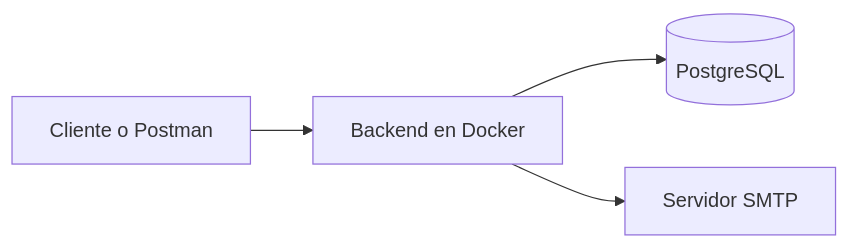
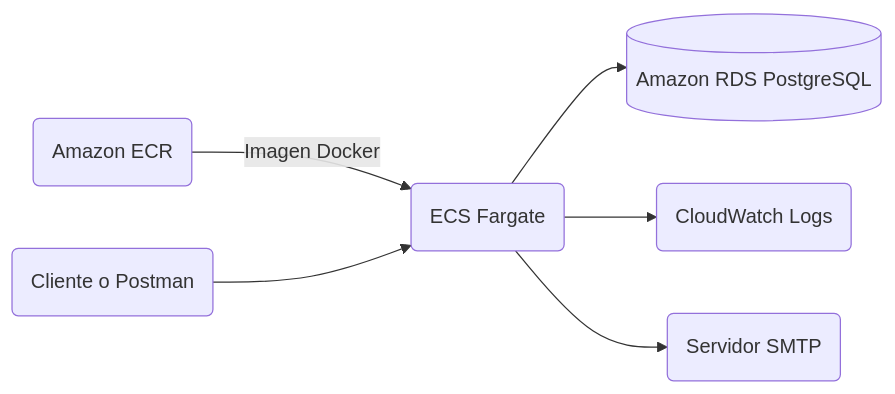
One commit to Walternvm/proyecto-backend-swaplt changed the sixth of 6 diagrams in README.md. Above: the diagram before and after it, drawn with Mermaid. The commit also changed other lines of this file, not shown here.

````diff
--- a/README.md
+++ b/README.md
@@ -270,6 +290,8 @@
 ```mermaid
 flowchart LR
-    A[Cliente o Postman] --> B[Backend en Docker]
-    B --> C[(PostgreSQL)]
-    B --> D[Servidor SMTP]
+    ECR(Amazon ECR) -->|Imagen Docker| ECS(ECS Fargate)
+    CLIENTE(Cliente o Postman) --> ECS
+    ECS --> RDS[(Amazon RDS PostgreSQL)]
+    ECS --> LOGS(CloudWatch Logs)
+    ECS --> SMTP(Servidor SMTP)
 ```
````
